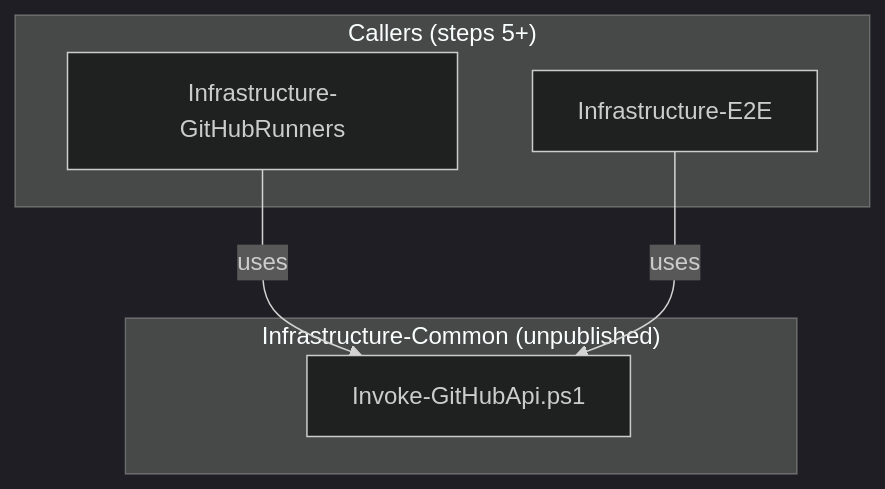
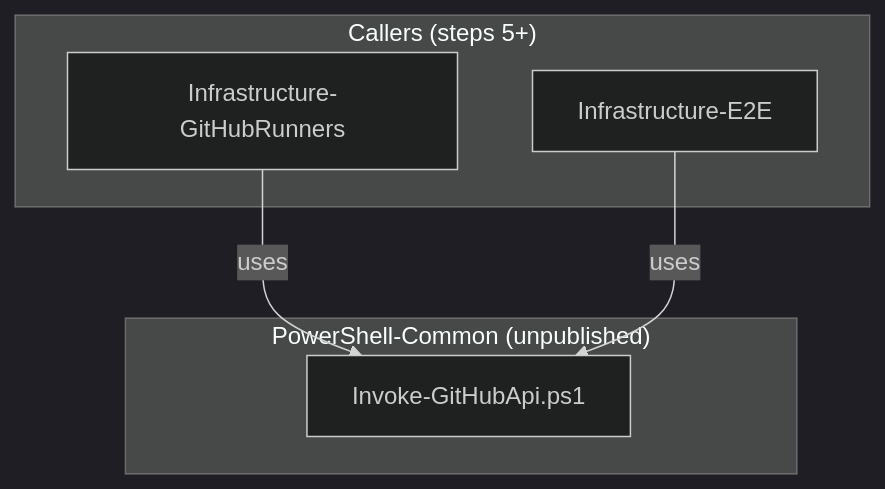
One commit to Klark-Morrigan/Infrastructure-E2E changed the second of 12 diagrams in docs/dev/implementation/-1 - initial implementation/plan.md. Above: the diagram before and after it, drawn with Mermaid (dark theme). The commit also changed other lines of this file and 36 other files, not shown here.

````diff
--- a/docs/dev/implementation/-1 - initial implementation/plan.md
+++ b/docs/dev/implementation/-1 - initial implementation/plan.md
@@ -142,14 +142,14 @@
 ```mermaid
 graph TD
-    subgraph Common["Infrastructure-Common (unpublished)"]
+    subgraph Common["PowerShell-Common (unpublished)"]
         GHA["Invoke-GitHubApi.ps1"]
     end
 
     subgraph Callers["Callers (steps 5+)"]
         GHR["Infrastructure-GitHubRunners"]
         E2E["Infrastructure-E2E"]
     end
 
     GHR -->|uses| GHA
     E2E -->|uses| GHA
 ```
````
